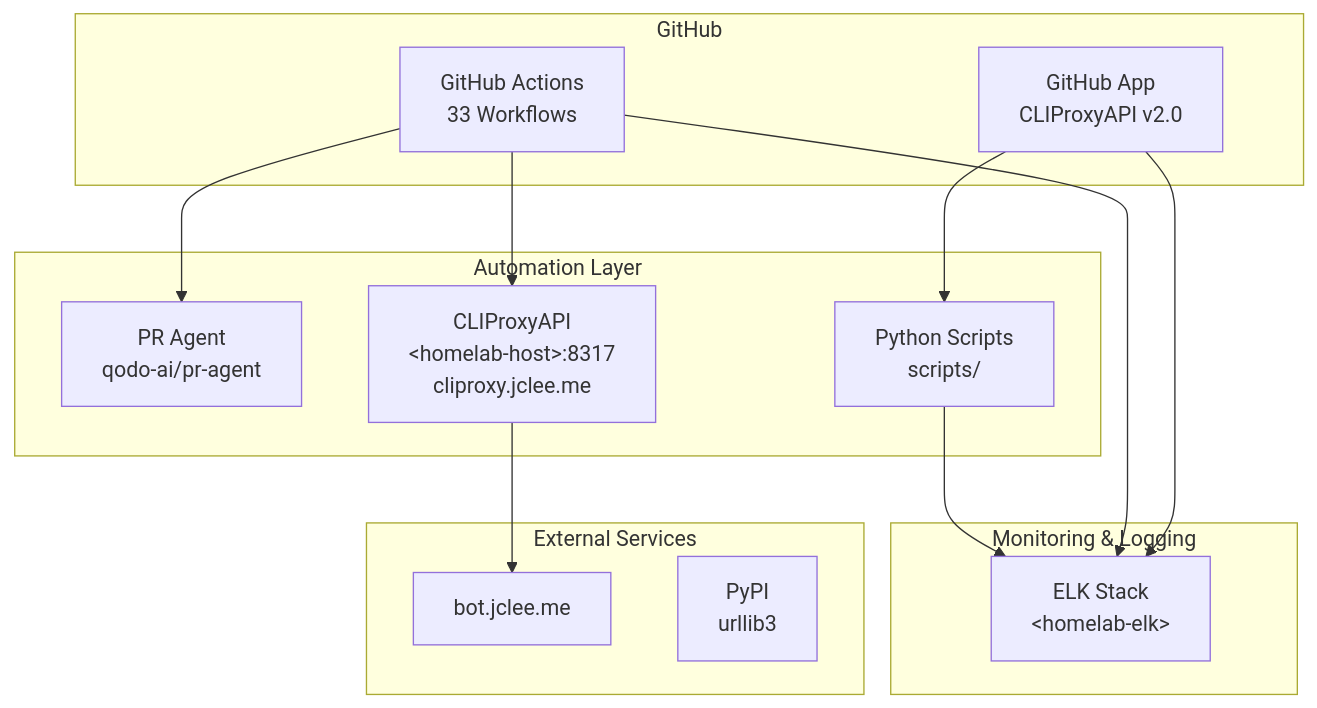
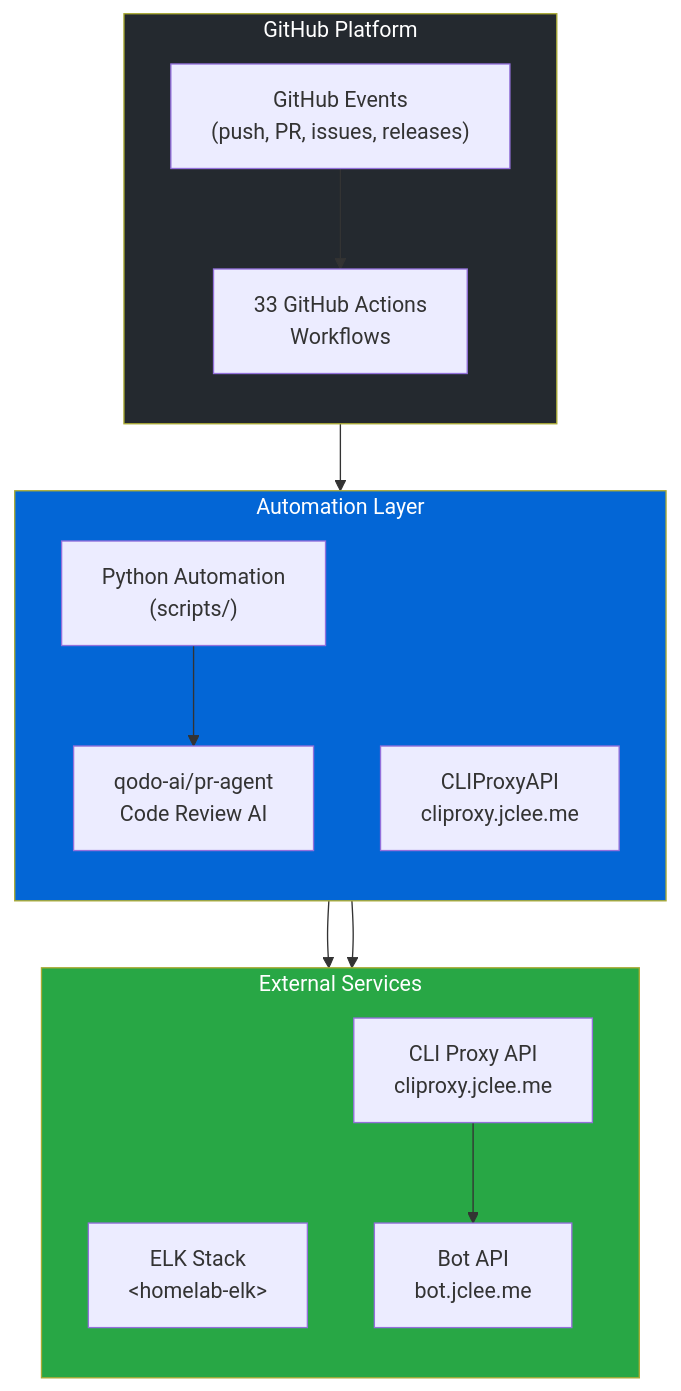
Before and after one commit to jclee941/splunk: the diagram in README.md, drawn with Mermaid. The commit also changed other lines of this file, not shown here.

````diff
--- a/README.md
+++ b/README.md
@@ -102,30 +95,33 @@
 ```mermaid
-flowchart TD
-    subgraph GitHub["GitHub"]
-        GHA["GitHub Actions<br/>33 Workflows"]
-        GHE["GitHub App<br/>CLIProxyAPI v2.0"]
+flowchart TB
+    subgraph GitHub["GitHub Platform"]
+        direction TB
+        Events["GitHub Events<br/>(push, PR, issues, releases)"]
+        Workflows["33 GitHub Actions<br/>Workflows"]
     end
-    
-    subgraph Automation["Automation Layer"]
-        PRA["PR Agent<br/>qodo-ai/pr-agent"]
-        CLI["CLIProxyAPI<br/>&lt;homelab-host&gt;:8317<br/>cliproxy.jclee.me"]
-        SCR["Python Scripts<br/>scripts/"]
+
+    subgraph AutomationLayer["Automation Layer"]
+        direction TB
+        PythonScripts["Python Automation<br/>(scripts/)"]
+        PRAgent["qodo-ai/pr-agent<br/>Code Review AI"]
+        CLIAutomation["CLIProxyAPI<br/>cliproxy.jclee.me"]
     end
-    
-    subgraph Monitoring["Monitoring & Logging"]
+
+    subgraph ExternalServices["External Services"]
+        direction TB
         ELK["ELK Stack<br/>&lt;homelab-elk&gt;"]
+        BotAPI["Bot API<br/>bot.jclee.me"]
+        ProxyAPI["CLI Proxy API<br/>cliproxy.jclee.me"]
     end
-    
-    subgraph External["External Services"]
-        BOT["bot.jclee.me"]
-        PYPI["PyPI<br/>urllib3"]
-    end
-    
-    GHA --> PRA
-    GHA --> CLI
-    GHE --> SCR
-    SCR --> ELK
-    CLI --> BOT
-    GHA --> ELK
-    GHE --> ELK
+
+    Events --> Workflows
+    Workflows --> PythonScripts
+    PythonScripts --> PRAgent
+    PythonScripts --> ProxyAPI
+    ProxyAPI --> BotAPI
+    PythonScripts --> ELK
+
+    style GitHub fill:#24292f,color:#fff
+    style AutomationLayer fill:#0366d6,color:#fff
+    style ExternalServices fill:#28a745,color:#fff
 ```
````
